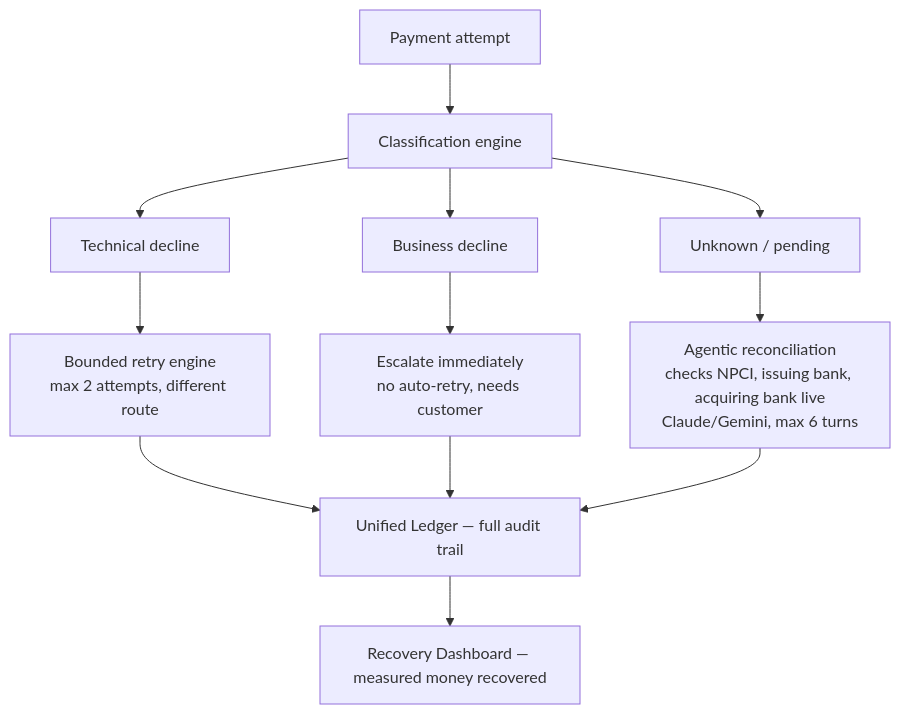
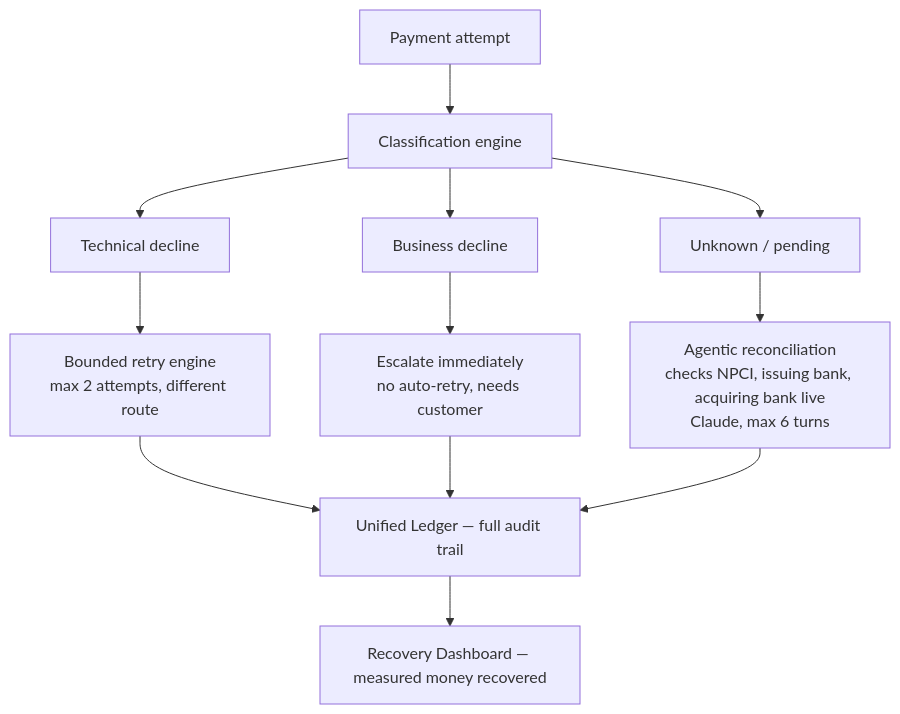
The diagram in README.md (ay1841/revenue-recovery-agent), drawn with Mermaid before and after one commit.

````diff
--- a/README.md
+++ b/README.md
@@ -23,14 +23,14 @@
 ```mermaid
 graph TD
     A[Payment attempt] --> B[Classification engine]
     B --> C[Technical decline]
     B --> D[Business decline]
     B --> E[Unknown / pending]
     C --> F["Bounded retry engine<br/>max 2 attempts, different route"]
     D --> G["Escalate immediately<br/>no auto-retry, needs customer"]
-    E --> H["Agentic reconciliation<br/>checks NPCI, issuing bank, acquiring bank live<br/>Claude/Gemini, max 6 turns"]
+    E --> H["Agentic reconciliation<br/>checks NPCI, issuing bank, acquiring bank live<br/>Claude, max 6 turns"]
     F --> I[Unified Ledger — full audit trail]
     G --> I
     H --> I
     I --> J[Recovery Dashboard — measured money recovered]
 ```
````
